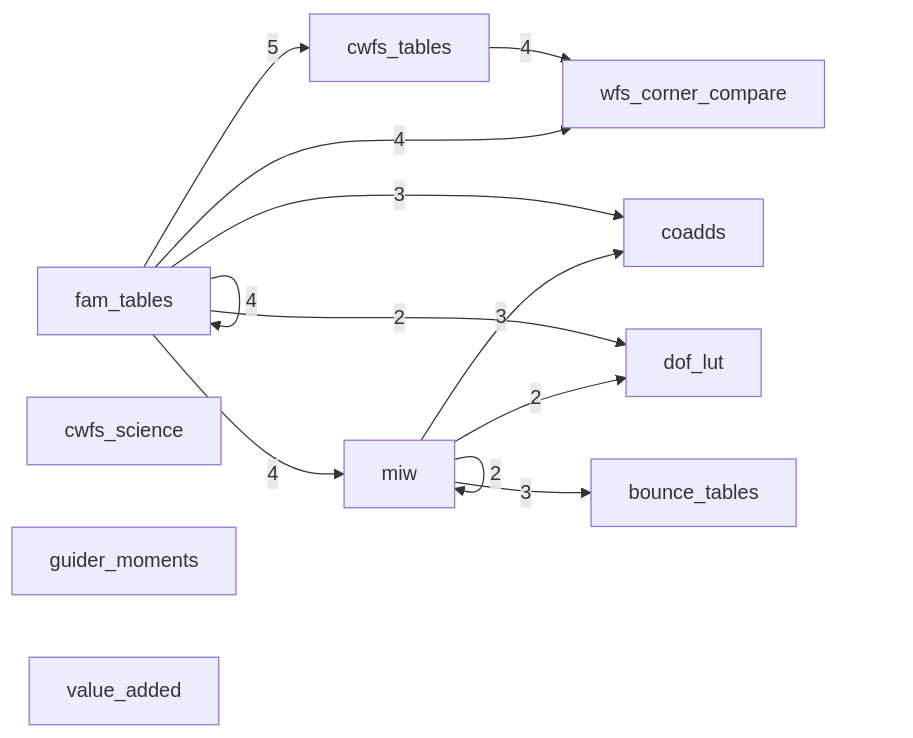
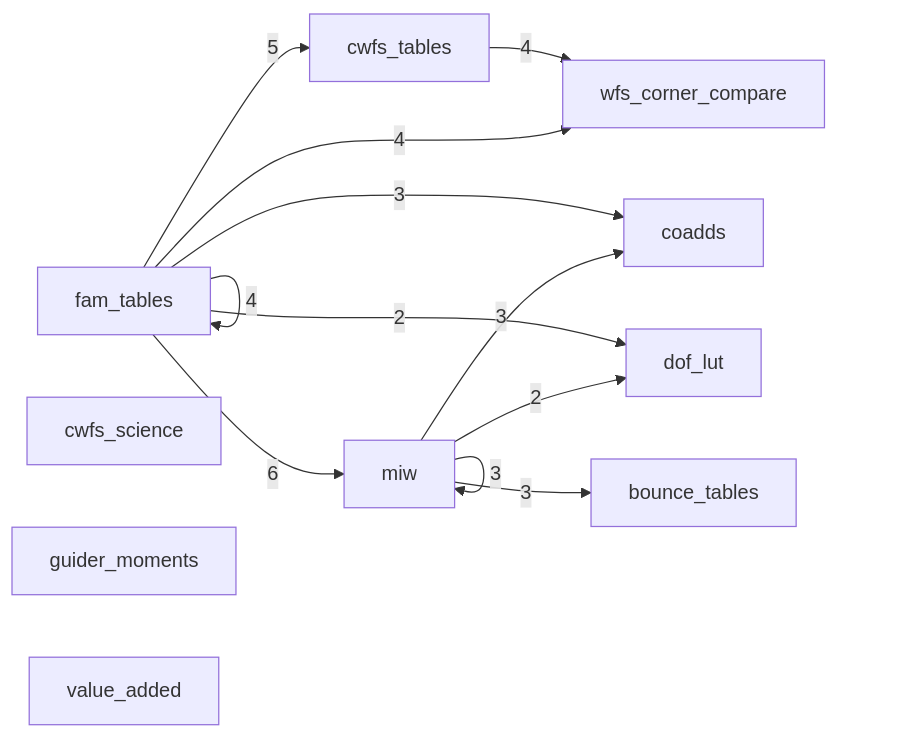
Before and after one commit to aaronroodman/rubin-work: the diagram in PRODUCT_MAP.md, drawn with Mermaid. The commit also changed other lines of this file and 19 other files, not shown here.

````diff
--- a/PRODUCT_MAP.md
+++ b/PRODUCT_MAP.md
@@ -13,17 +13,17 @@
 ```mermaid
 flowchart LR
     cwfs_tables -->|4| wfs_corner_compare
     fam_tables -->|3| coadds
     fam_tables -->|5| cwfs_tables
     fam_tables -->|2| dof_lut
     fam_tables -->|4| fam_tables
-    fam_tables -->|4| miw
+    fam_tables -->|6| miw
     fam_tables -->|4| wfs_corner_compare
     miw -->|3| bounce_tables
     miw -->|3| coadds
     miw -->|2| dof_lut
-    miw -->|2| miw
+    miw -->|3| miw
     cwfs_science
     guider_moments
     value_added
 ```
````
